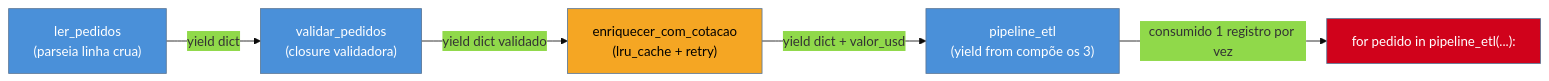
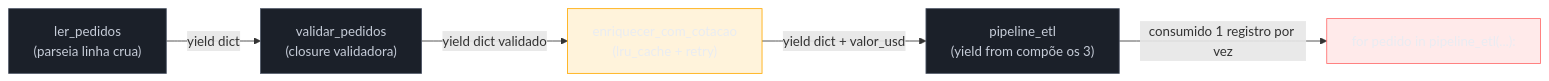
One commit to josenaldo/codex-technomanticus changed the first of 2 diagrams in 03-Dominios/Tecnologia/Python/Funcional e idiomas avançados/09 - Capstone — funcional e idiomas avançados.md. Above: the diagram before and after it, drawn with Mermaid. The commit also changed other lines of this file and 1181 other files, not shown here.

First line of the commit message:
fix(diagramas): paleta do sistema no lugar de cor cravada no markdown

````diff
--- a/03-Dominios/Tecnologia/Python/Funcional e idiomas avançados/09 - Capstone — funcional e idiomas avançados.md
+++ b/03-Dominios/Tecnologia/Python/Funcional e idiomas avançados/09 - Capstone — funcional e idiomas avançados.md
@@ -84,14 +84,16 @@
 ```mermaid
-%%{init: {"theme": "base", "themeVariables": {"primaryColor": "#4A90D9"}}}%%
 flowchart LR
+    classDef neutro fill:#1B2029,stroke:#4E5666,color:#C6CCD8
+    classDef destaque fill:#FFAA0024,stroke:#FFAA00,color:#E9ECF2
+    classDef falha fill:#FF6B6B24,stroke:#FF6B6B,color:#E9ECF2
     L["ler_pedidos\n(parseia linha crua)"] -->|"yield dict"| V["validar_pedidos\n(closure validadora)"]
     V -->|"yield dict validado"| E["enriquecer_com_cotacao\n(lru_cache + retry)"]
     E -->|"yield dict + valor_usd"| P["pipeline_etl\n(yield from compõe os 3)"]
     P -->|"consumido 1 registro por vez"| C["for pedido in pipeline_etl(...):"]
 
-    style L fill:#4A90D9,color:#fff
-    style V fill:#4A90D9,color:#fff
-    style E fill:#F5A623,color:#000
-    style P fill:#4A90D9,color:#fff
-    style C fill:#D0021B,color:#fff
+    class L neutro
+    class V neutro
+    class E destaque
+    class P neutro
+    class C falha
 ```
````
